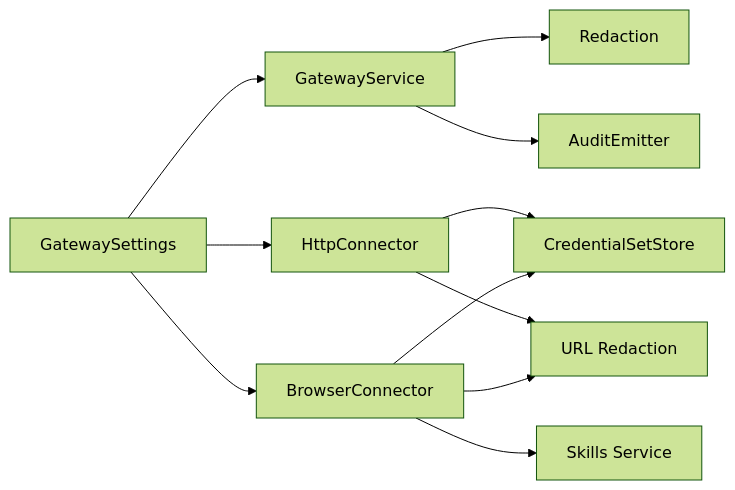
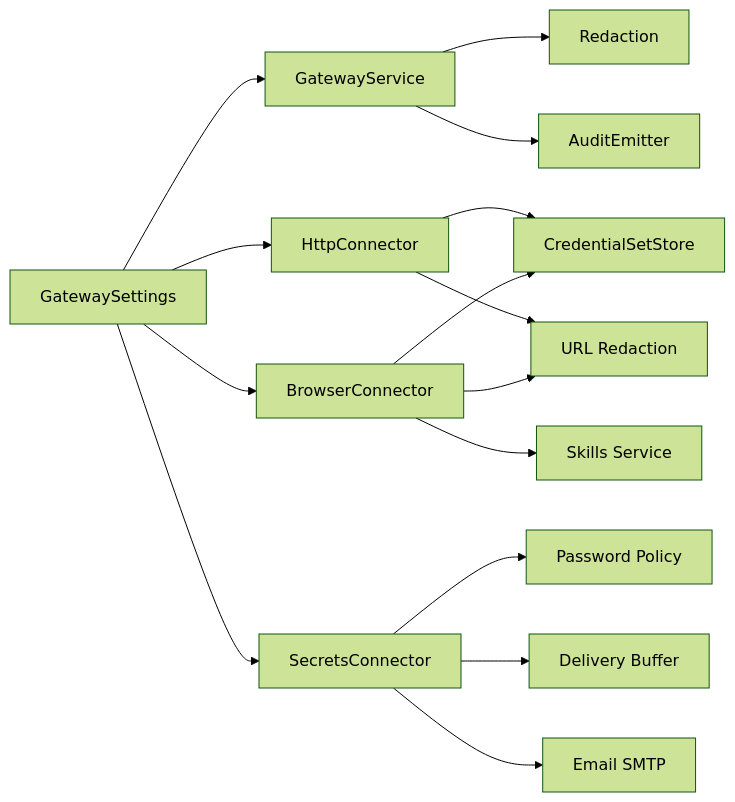
Diagram 11 of 11 in .qoder/repowiki/en/content/Core Services/Tool Gateway/Credential Management and Security.md (metasync/luban-aiops), drawn with Mermaid (forest theme) before and after one commit. The commit also changed other lines of this file and 56 other files, not shown here.

````diff
--- a/.qoder/repowiki/en/content/Core Services/Tool Gateway/Credential Management and Security.md
+++ b/.qoder/repowiki/en/content/Core Services/Tool Gateway/Credential Management and Security.md
@@ -377,13 +510,17 @@
 ```mermaid
 graph LR
 CFG["GatewaySettings"] --> GW["GatewayService"]
 CFG --> HC["HttpConnector"]
 CFG --> BC["BrowserConnector"]
+CFG --> SC["SecretsConnector"]
 HC --> CS["CredentialSetStore"]
 HC --> UR["URL Redaction"]
 BC --> CS
 BC --> UR
+SC --> PP["Password Policy"]
+SC --> DB["Delivery Buffer"]
+SC --> EM["Email SMTP"]
 GW --> RED["Redaction"]
 GW --> AUD["AuditEmitter"]
 BC --> SKILLS["Skills Service"]
 ```
````
